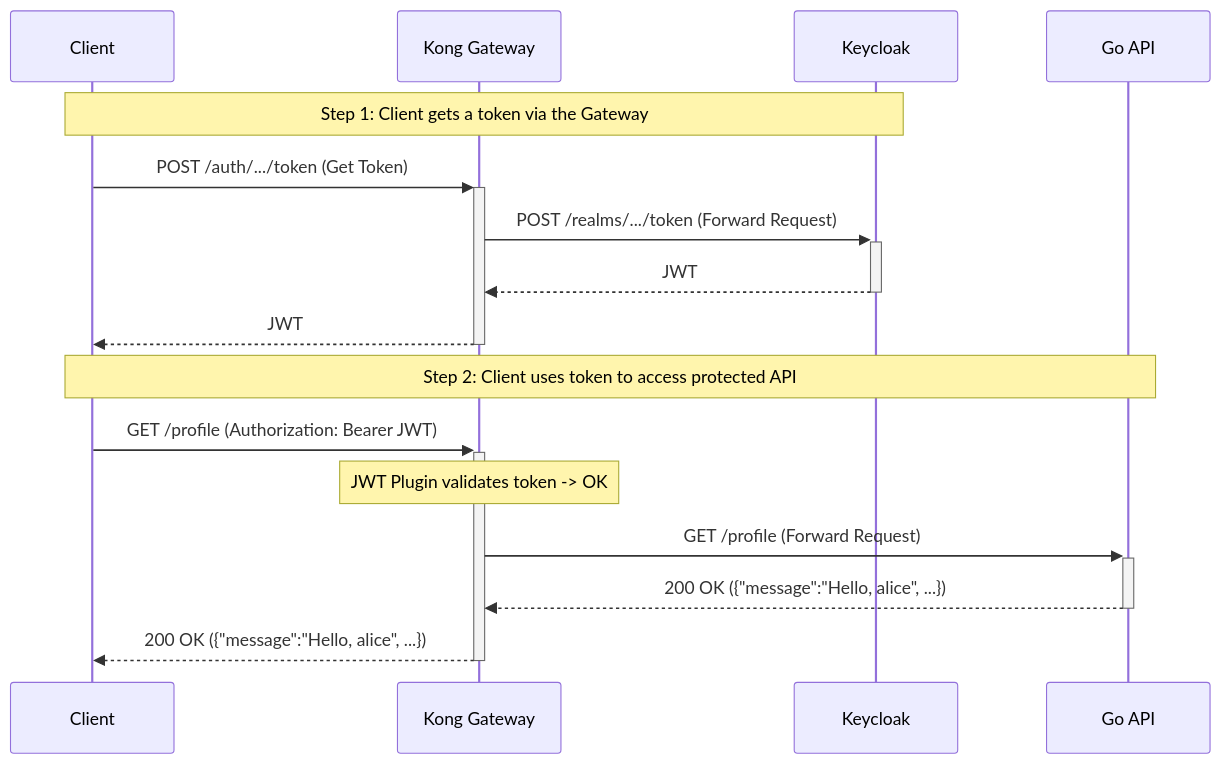
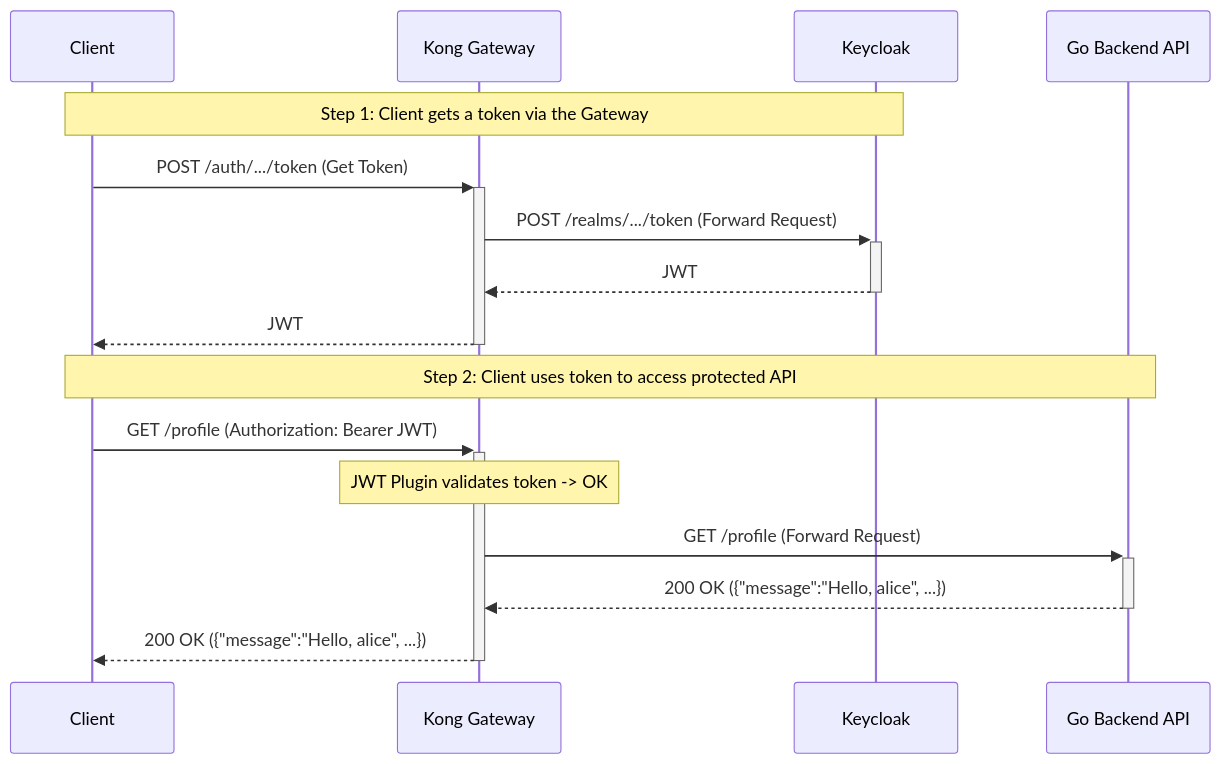
One commit to Palakorn-Voramongkol/golang-kong-keycloak changed the diagram in README.md. Above: the diagram before and after it, drawn with Mermaid. The commit also changed other lines of this file, not shown here.

````diff
--- a/README.md
+++ b/README.md
@@ -36,22 +36,22 @@
 ```mermaid
 sequenceDiagram
     participant Client
     participant Kong Gateway
     participant Keycloak
-    participant Go API
+    participant Go Backend API
 
     Note over Client, Keycloak: Step 1: Client gets a token via the Gateway
     Client->>+Kong Gateway: POST /auth/.../token (Get Token)
     Kong Gateway->>+Keycloak: POST /realms/.../token (Forward Request)
     Keycloak-->>-Kong Gateway: JWT
     Kong Gateway-->>-Client: JWT
 
-    Note over Client, Go API: Step 2: Client uses token to access protected API
+    Note over Client, Go Backend API: Step 2: Client uses token to access protected API
     Client->>+Kong Gateway: GET /profile (Authorization: Bearer JWT)
     
     Note over Kong Gateway: JWT Plugin validates token -> OK
 
-    Kong Gateway->>+Go API: GET /profile (Forward Request)
-    Go API-->>-Kong Gateway: 200 OK ({"message":"Hello, alice", ...})
+    Kong Gateway->>+Go Backend API: GET /profile (Forward Request)
+    Go Backend API-->>-Kong Gateway: 200 OK ({"message":"Hello, alice", ...})
     Kong Gateway-->>-Client: 200 OK ({"message":"Hello, alice", ...})
 ```
````
